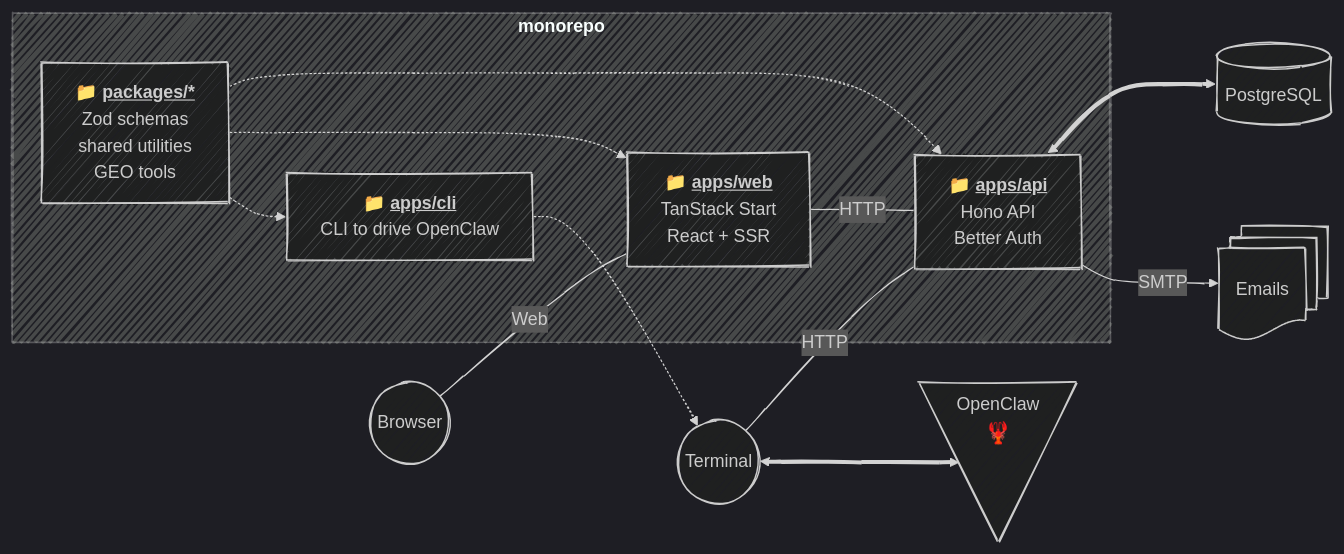
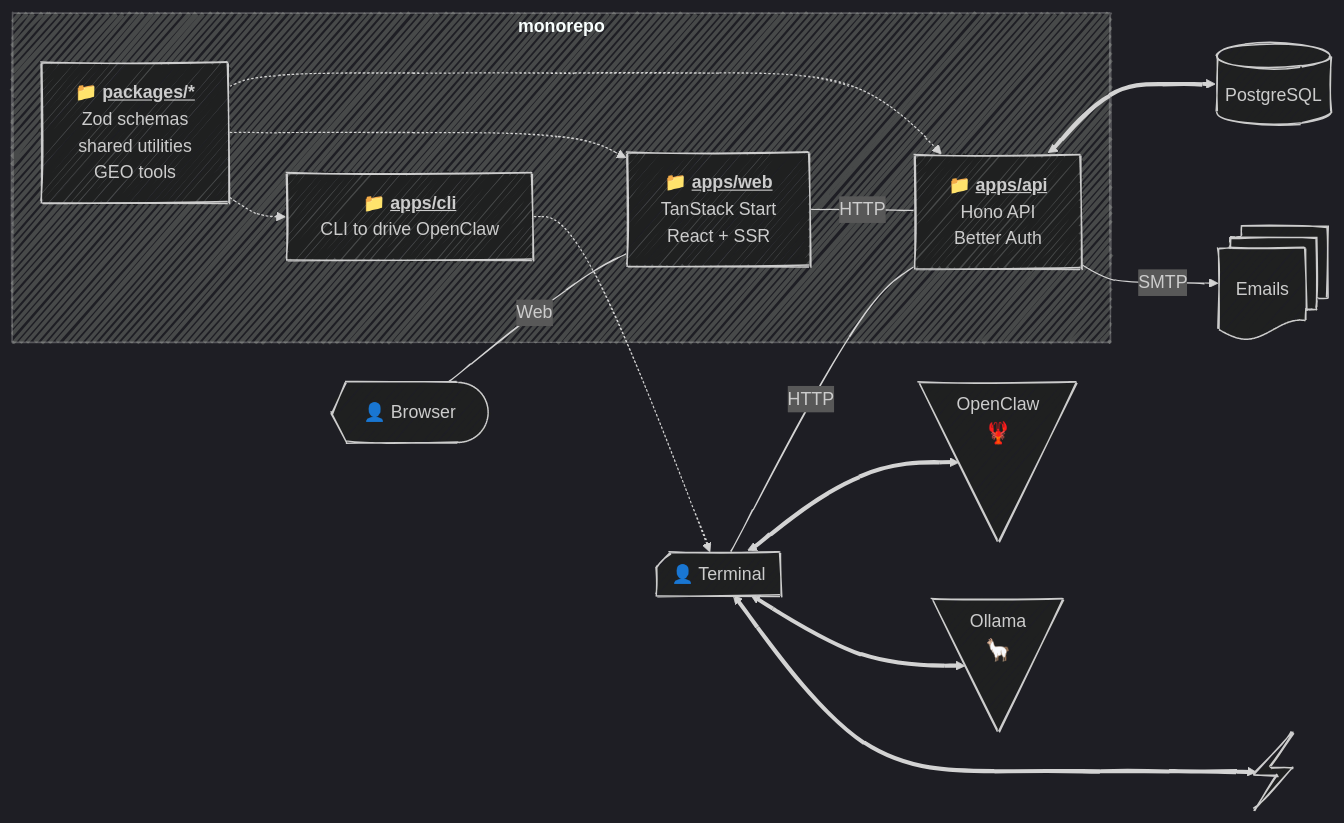
One commit to SubZtep/kaja changed the diagram in docs/index.md. Above: the diagram before and after it, drawn with Mermaid. The commit also changed 17 other files, not shown here.

````diff
--- a/docs/index.md
+++ b/docs/index.md
@@ -15,34 +15,38 @@
 ```mermaid
 ---
 config:
   look: handDrawn
   theme: dark
 ---
 flowchart LR
-  U((Browser))
-  UW((Terminal))
+  U@{ shape: curv-trap, label: "👤 Browser" }
+  UW@{ shape: notch-rect, label: "👤 Terminal" }
   O@{ shape: manual-file, label: "OpenClaw<br><big>🦞</big>" }
+  L@{ shape: manual-file, label: "Ollama<br><big>🦙</big>" }
+  B@{ shape: bolt }
 
   D[(PostgreSQL)]
   E@{ shape: docs, label: "Emails"}
 
   subgraph "`**monorepo**`"
     A["📁 <strong><u>apps/api</u></strong><br/>Hono API<br/>Better Auth"]
     W["📁 <strong><u>apps/web</u></strong><br/>TanStack Start<br/>React + SSR"]
     P["📁 <strong><u>packages/*</u></strong><br/>Zod schemas<br/>shared utilities<br>GEO tools"]
     WW["📁 <strong><u>apps/cli</u></strong><br/>CLI to drive OpenClaw"]
   end
 
   P -.-> A
   P -.-> W
   P -.-> WW
 
   U -- Web --- W
   UW -- HTTP --- A
   UW <==> O
+  UW <==> L
   WW -.-> UW
+  UW <===> B
 
   W -- HTTP --- A
   A <==> D
   A -- SMTP --> E
 ```
````
